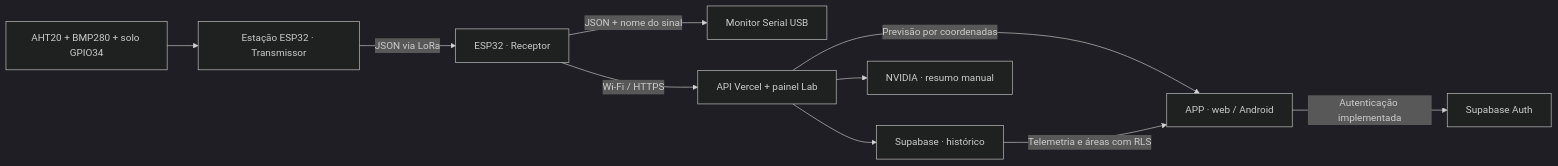
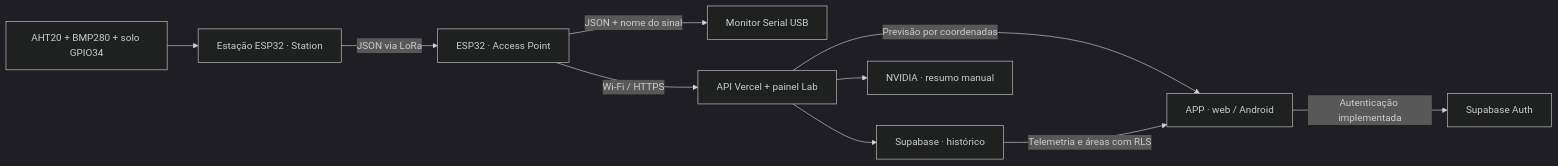
One commit to Vitorhrm/Agrosense changed the diagram in README.md. Above: the diagram before and after it, drawn with Mermaid (dark theme). The commit also changed other lines of this file and 40 other files, not shown here.

````diff
--- a/README.md
+++ b/README.md
@@ -30,12 +30,12 @@
 ```mermaid
 flowchart LR
-    Sensors["AHT20 + BMP280 + solo GPIO34"] --> Station["Estação ESP32 · Transmissor"]
-    Station -->|"JSON via LoRa"| Receiver["ESP32 · Receptor"]
+    Sensors["AHT20 + BMP280 + solo GPIO34"] --> Station["Estação ESP32 · Station"]
+    Station -->|"JSON via LoRa"| Receiver["ESP32 · Access Point"]
     Receiver -->|"JSON + nome do sinal"| Serial["Monitor Serial USB"]
     Receiver -->|"Wi-Fi / HTTPS"| Backend["API Vercel + painel Lab"]
     Backend --> Database["Supabase · histórico"]
     Backend --> Nvidia["NVIDIA · resumo manual"]
     Backend -->|"Previsão por coordenadas"| App["APP · web / Android"]
     Database -->|"Telemetria e áreas com RLS"| App
     App -->|"Autenticação implementada"| Supabase["Supabase Auth"]
 ```
````
